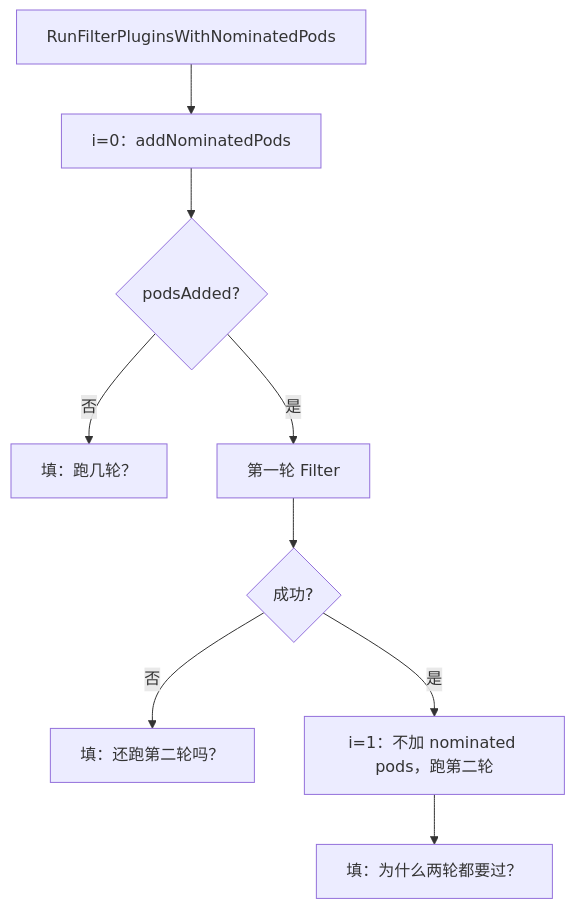
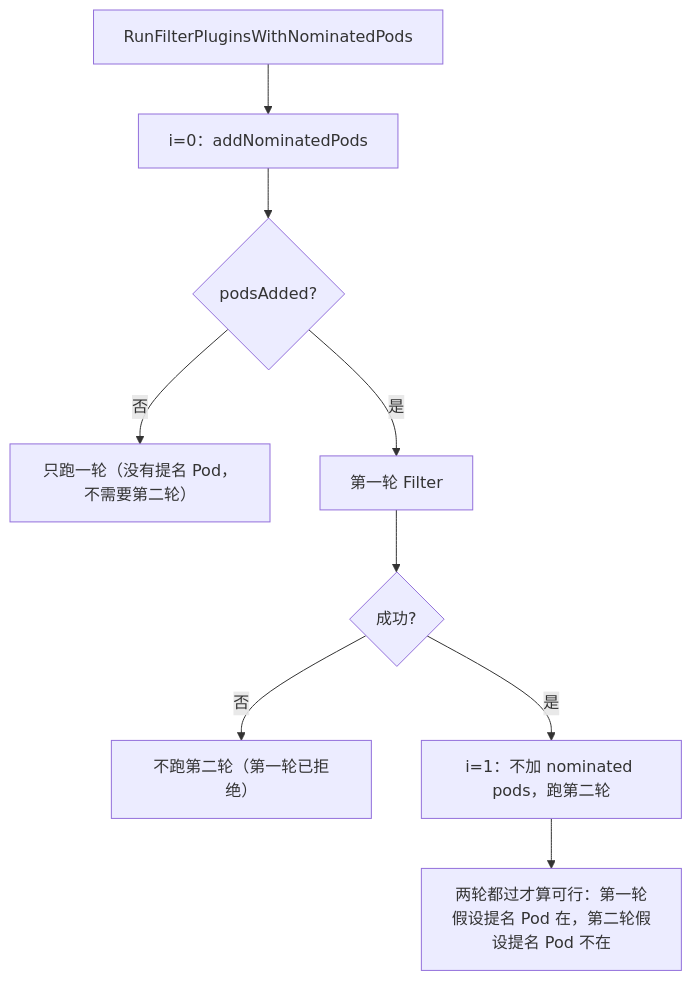
One commit to 664182893/scheduler changed diagram 11 of 13 in docs/worksheet-T1-1-flowchart.md. Above: the diagram before and after it, drawn with Mermaid. The commit also changed other lines of this file and 1 other file, not shown here.

````diff
--- a/docs/worksheet-T1-1-flowchart.md
+++ b/docs/worksheet-T1-1-flowchart.md
@@ -291,11 +301,11 @@
 ```mermaid
 graph TD
   A["RunFilterPluginsWithNominatedPods"] --> B["i=0：addNominatedPods"]
   B --> C{"podsAdded?"}
-  C -->|"否"| D["填：跑几轮？"]
+  C -->|"否"| D["只跑一轮（没有提名 Pod，不需要第二轮）"]
   C -->|"是"| E["第一轮 Filter"]
   E --> F{"成功?"}
-  F -->|"否"| G["填：还跑第二轮吗？"]
+  F -->|"否"| G["不跑第二轮（第一轮已拒绝）"]
   F -->|"是"| H["i=1：不加 nominated pods，跑第二轮"]
-  H --> I["填：为什么两轮都要过？"]
+  H --> I["两轮都过才算可行：第一轮假设提名 Pod 在，第二轮假设提名 Pod 不在"]
 ```
````
